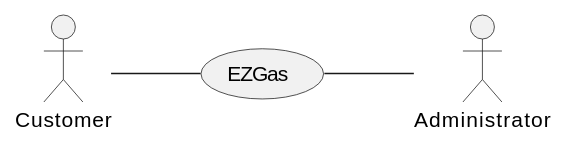
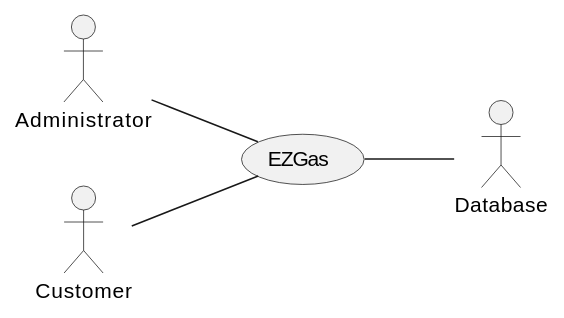
Before and after one commit to SoftengPoliTo/Lab2: the first of 5 diagrams in REQ_s274148.md, drawn with PlantUML.

Commit message:
Context diagram: add Database actor

````diff
--- a/REQ_s274148.md
+++ b/REQ_s274148.md
@@ -48,7 +48,9 @@
 ```plantuml
 left to right direction
 actor Administrator as a
 actor Customer as b
-(EZGas) -- a
+actor Database as c
+a -- (EZGas)
 b -- (EZGas)
+(EZGas) -- c
 ```
````
